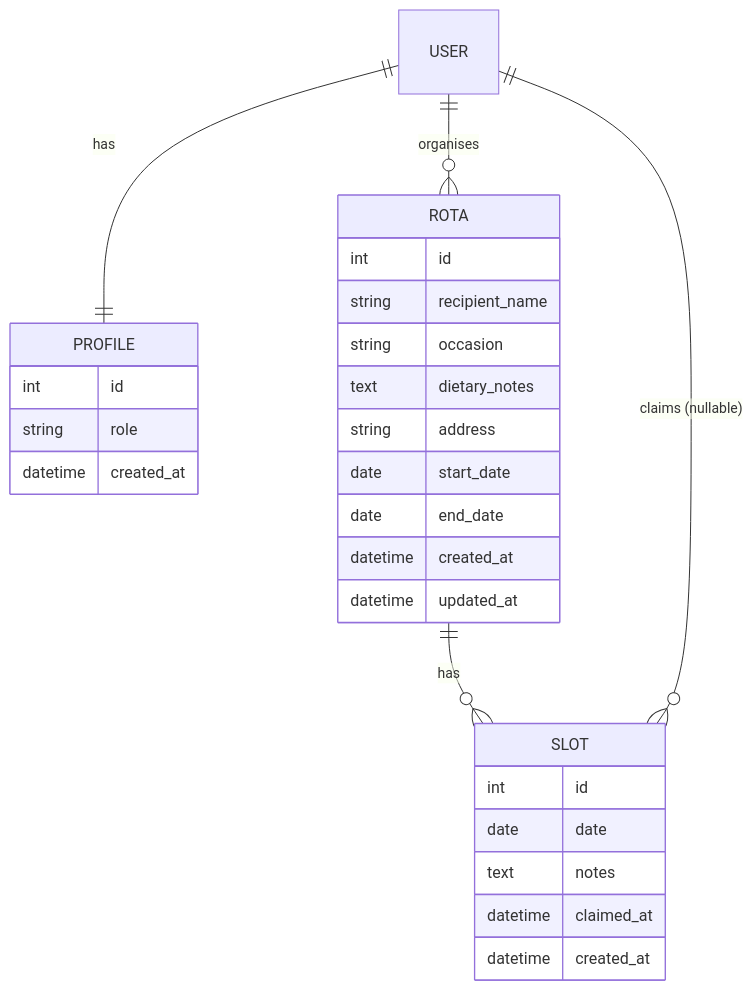
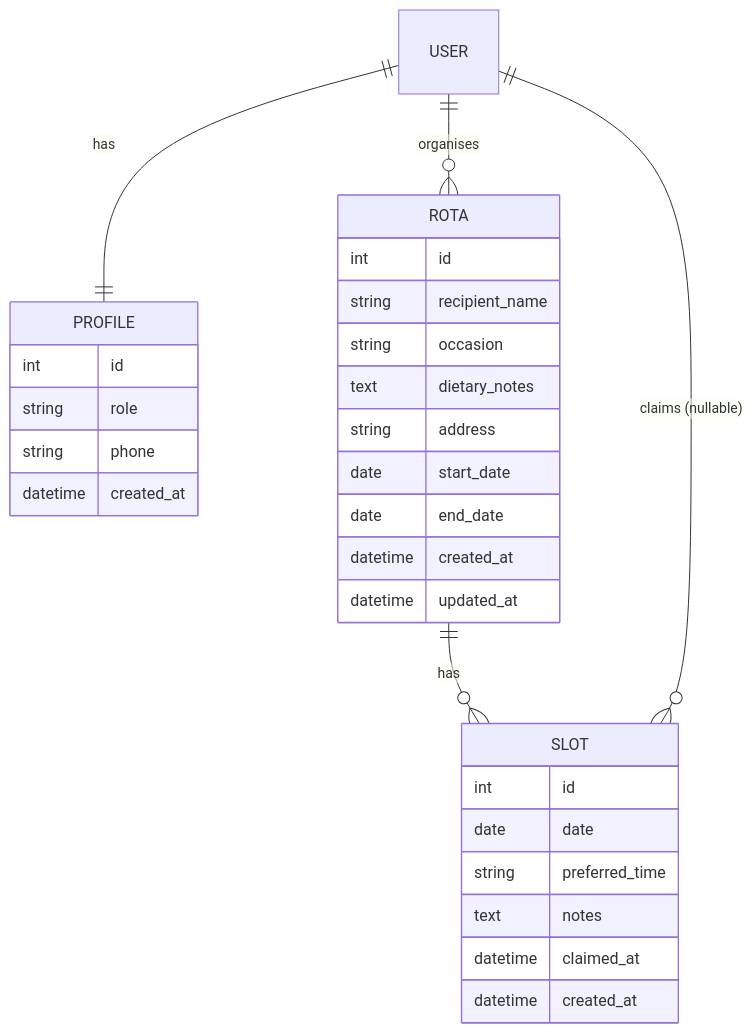
One commit to sarahjhill/cooking-rota changed the diagram in README.md. Above: the diagram before and after it, drawn with Mermaid. The commit also changed other lines of this file and 12 other files, not shown here.

````diff
--- a/README.md
+++ b/README.md
@@ -160,31 +162,33 @@
 ```mermaid
 erDiagram
     USER ||--|| PROFILE : "has"
     USER ||--o{ ROTA : "organises"
     ROTA ||--o{ SLOT : "has"
     USER ||--o{ SLOT : "claims (nullable)"
 
     PROFILE {
         int id
         string role
+        string phone
         datetime created_at
     }
     ROTA {
         int id
         string recipient_name
         string occasion
         text dietary_notes
         string address
         date start_date
         date end_date
         datetime created_at
         datetime updated_at
     }
     SLOT {
         int id
         date date
+        string preferred_time
         text notes
         datetime claimed_at
         datetime created_at
     }
 ```
````
